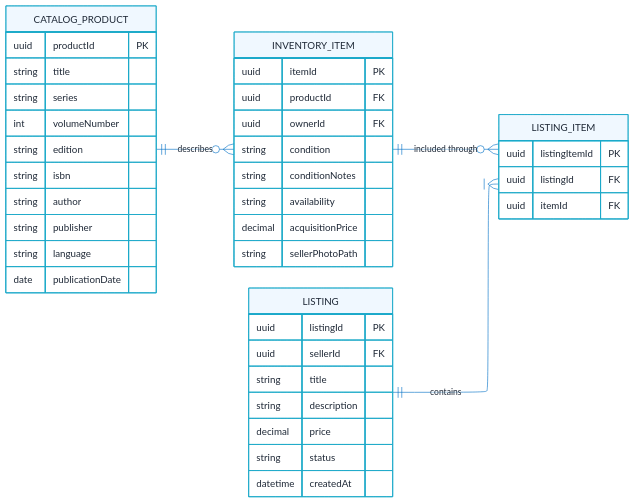
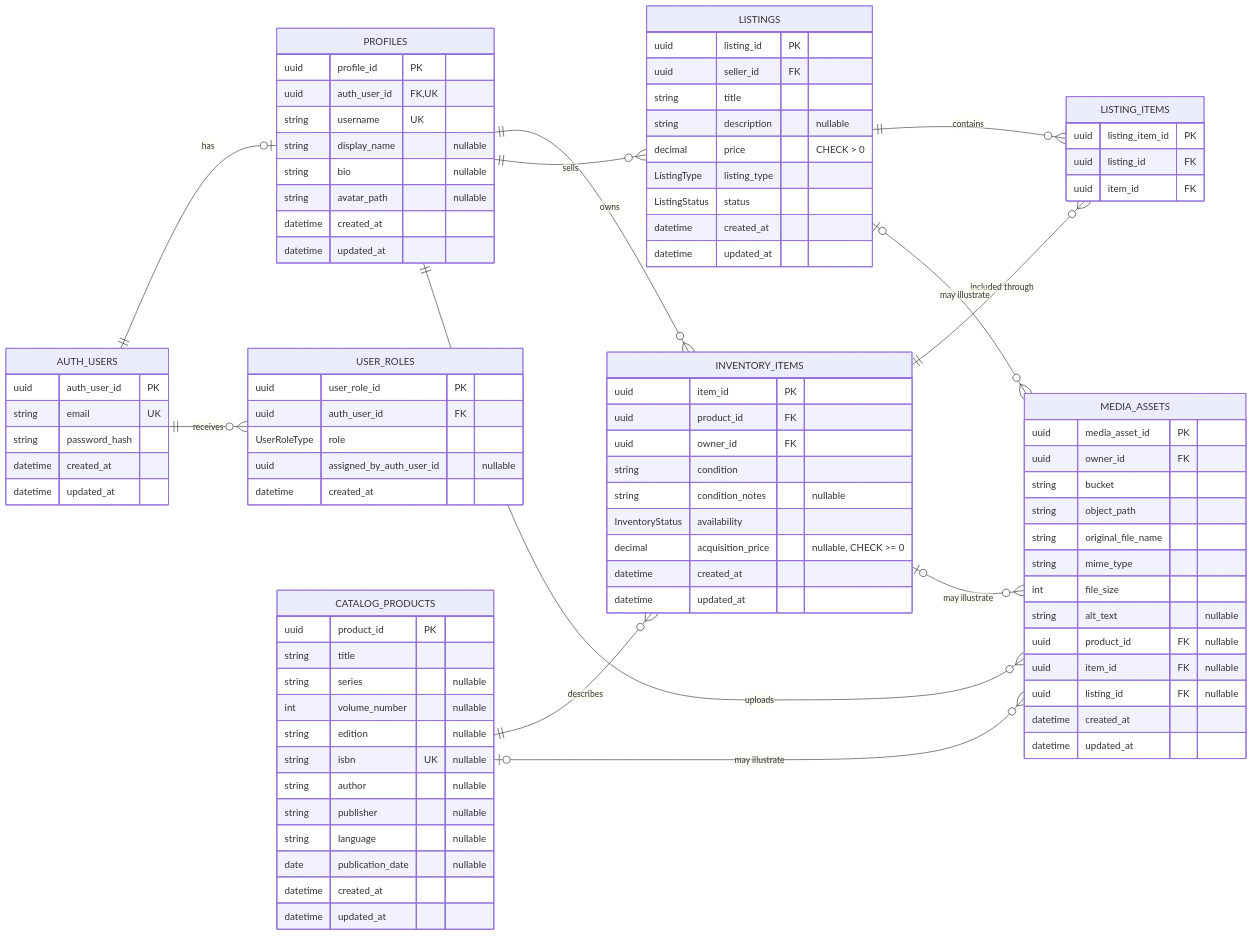
Before and after one commit to TVW96/build-backend-foundation: the diagram in README.md, drawn with Mermaid. The commit also changed other lines of this file, not shown here.

Commit message:
docs: complete Prisma ERD

````diff
--- a/README.md
+++ b/README.md
@@ -12,58 +11,104 @@
 ```mermaid
----
-config:
-  layout: elk
-  theme: base
-  themeVariables:
-      primaryColor: "#F0F8FF" # Table background
-      primaryBorderColor: "#1ca9c9" # Table borders
-      primaryTextColor: "#1f2937"  # Table text
-      lineColor: "#0071c5"
----
 erDiagram
-  direction LR
+    direction LR
 
-    CATALOG_PRODUCT ||--o{ INVENTORY_ITEM : "describes"
-    INVENTORY_ITEM ||--o{ LISTING_ITEM : "included through"
-    LISTING ||--|{ LISTING_ITEM : "contains"
+    AUTH_USERS ||--o| PROFILES : "has"
+    AUTH_USERS ||--o{ USER_ROLES : "receives"
+    PROFILES ||--o{ INVENTORY_ITEMS : "owns"
+    PROFILES ||--o{ LISTINGS : "sells"
+    PROFILES ||--o{ MEDIA_ASSETS : "uploads"
+    CATALOG_PRODUCTS ||--o{ INVENTORY_ITEMS : "describes"
+    INVENTORY_ITEMS ||--o{ LISTING_ITEMS : "included through"
+    LISTINGS ||--o{ LISTING_ITEMS : "contains"
+    CATALOG_PRODUCTS o|--o{ MEDIA_ASSETS : "may illustrate"
+    INVENTORY_ITEMS o|--o{ MEDIA_ASSETS : "may illustrate"
+    LISTINGS o|--o{ MEDIA_ASSETS : "may illustrate"
 
-    CATALOG_PRODUCT {
-        uuid productId PK
-        string title
-        string series
-        int volumeNumber
-        string edition
-        string isbn
-        string author
-        string publisher
-        string language
-        date publicationDate
+    AUTH_USERS {
+        uuid auth_user_id PK
+        string email UK
+        string password_hash
+        datetime created_at
+        datetime updated_at
     }
 
-    INVENTORY_ITEM {
-        uuid itemId PK
-        uuid productId FK
-        uuid ownerId FK
-        string condition
-        string conditionNotes
-        string availability
-        decimal acquisitionPrice
-        string sellerPhotoPath
+    PROFILES {
+        uuid profile_id PK
+        uuid auth_user_id FK, UK
+        string username UK
+        string display_name "nullable"
+        string bio "nullable"
+        string avatar_path "nullable"
+        datetime created_at
+        datetime updated_at
     }
 
-    LISTING {
-        uuid listingId PK
-        uuid sellerId FK
-        string title
-        string description
-        decimal price
-        string status
-        datetime createdAt
+    USER_ROLES {
+        uuid user_role_id PK
+        uuid auth_user_id FK
+        UserRoleType role
+        uuid assigned_by_auth_user_id "nullable"
+        datetime created_at
     }
 
-    LISTING_ITEM {
-        uuid listingItemId PK
-        uuid listingId FK
-        uuid itemId FK
+    CATALOG_PRODUCTS {
+        uuid product_id PK
+        string title
+        string series "nullable"
+        int volume_number "nullable"
+        string edition "nullable"
+        string isbn UK "nullable"
+        string author "nullable"
+        string publisher "nullable"
+        string language "nullable"
+        date publication_date "nullable"
+        datetime created_at
+        datetime updated_at
+    }
+
+    INVENTORY_ITEMS {
+        uuid item_id PK
+        uuid product_id FK
+        uuid owner_id FK
+        string condition
+        string condition_notes "nullable"
+        InventoryStatus availability
+        decimal acquisition_price "nullable, CHECK >= 0"
+        datetime created_at
+        datetime updated_at
+    }
+
+    LISTINGS {
+        uuid listing_id PK
+        uuid seller_id FK
+        string title
+        string description "nullable"
+        decimal price "CHECK > 0"
+        ListingType listing_type
+        ListingStatus status
+        datetime created_at
+        datetime updated_at
+    }
+
+    LISTING_ITEMS {
+        uuid listing_item_id PK
+        uuid listing_id FK
+        uuid item_id FK
+    }
+
+    MEDIA_ASSETS {
+        uuid media_asset_id PK
+        uuid owner_id FK
+        string bucket
+        string object_path
+        string original_file_name
+        string mime_type
+        int file_size
+        string alt_text "nullable"
+        uuid product_id FK "nullable"
+        uuid item_id FK "nullable"
+        uuid listing_id FK "nullable"
+        datetime created_at
+        datetime updated_at
     }
 ```
````
